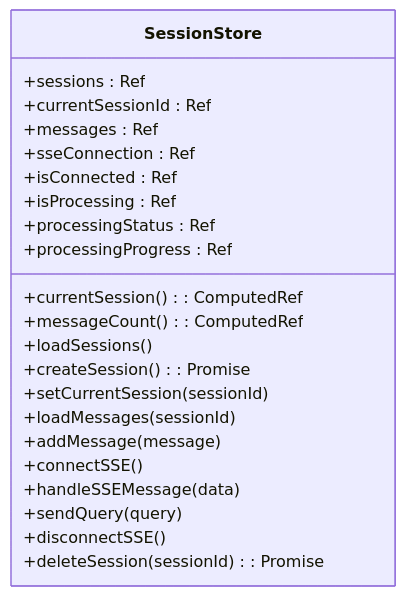
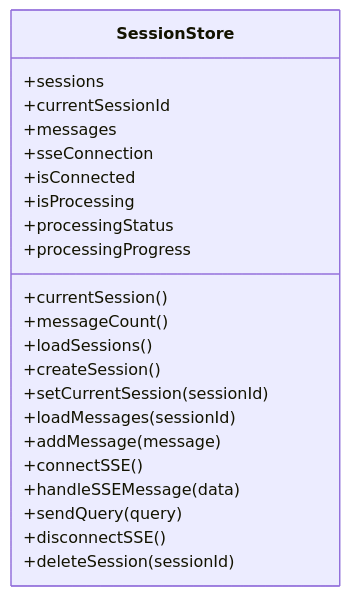
One commit to HanHuiOnLine/724-office changed the third of 6 diagrams in NL2SQL/.qoder/repowiki/zh/content/前端应用/状态管理.md. Above: the diagram before and after it, drawn with Mermaid. The commit also changed other lines of this file and 200 other files, not shown here.

````diff
--- a/NL2SQL/.qoder/repowiki/zh/content/前端应用/状态管理.md
+++ b/NL2SQL/.qoder/repowiki/zh/content/前端应用/状态管理.md
@@ -135,25 +154,25 @@
 ```mermaid
 classDiagram
 class SessionStore {
-+sessions : Ref<Array>
-+currentSessionId : Ref<string|null>
-+messages : Ref<Array>
-+sseConnection : Ref<EventSource|null>
-+isConnected : Ref<boolean>
-+isProcessing : Ref<boolean>
-+processingStatus : Ref<string>
-+processingProgress : Ref<number>
-+currentSession() : ComputedRef
-+messageCount() : ComputedRef
++sessions
++currentSessionId
++messages
++sseConnection
++isConnected
++isProcessing
++processingStatus
++processingProgress
++currentSession()
++messageCount()
 +loadSessions()
-+createSession() : Promise<string>
++createSession()
 +setCurrentSession(sessionId)
 +loadMessages(sessionId)
 +addMessage(message)
 +connectSSE()
 +handleSSEMessage(data)
 +sendQuery(query)
 +disconnectSSE()
-+deleteSession(sessionId) : Promise<boolean>
++deleteSession(sessionId)
 }
 ```
````
